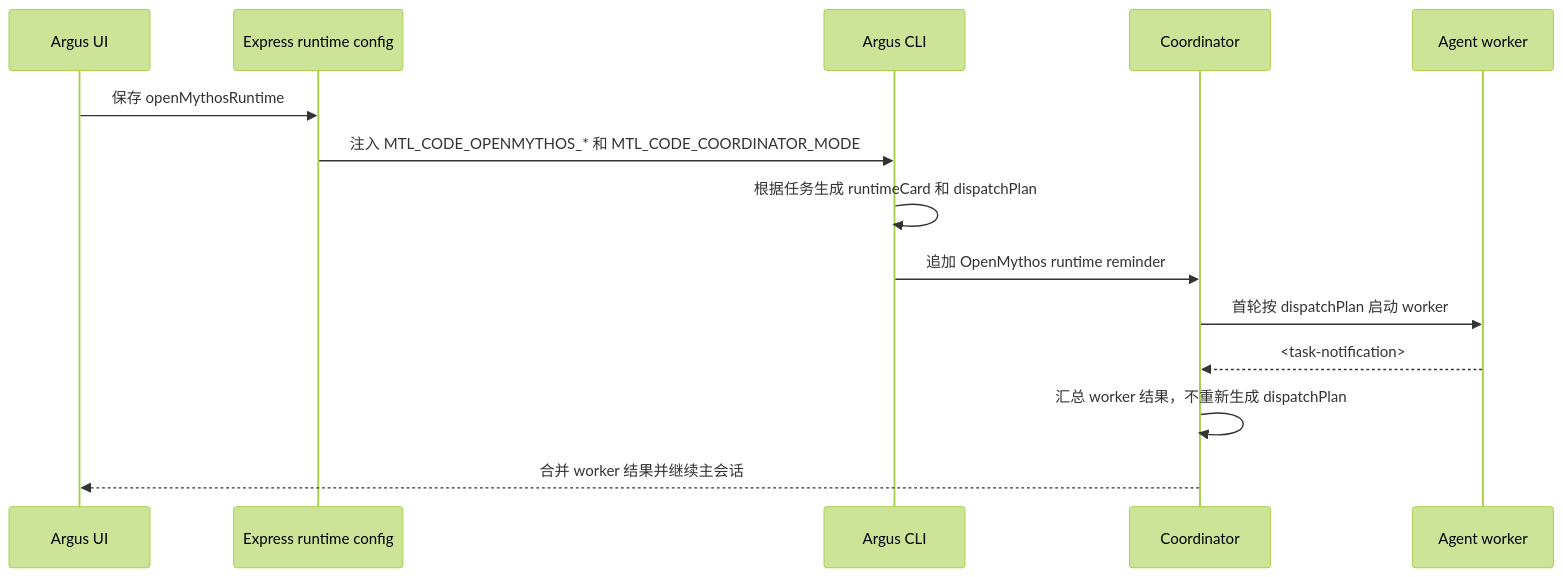
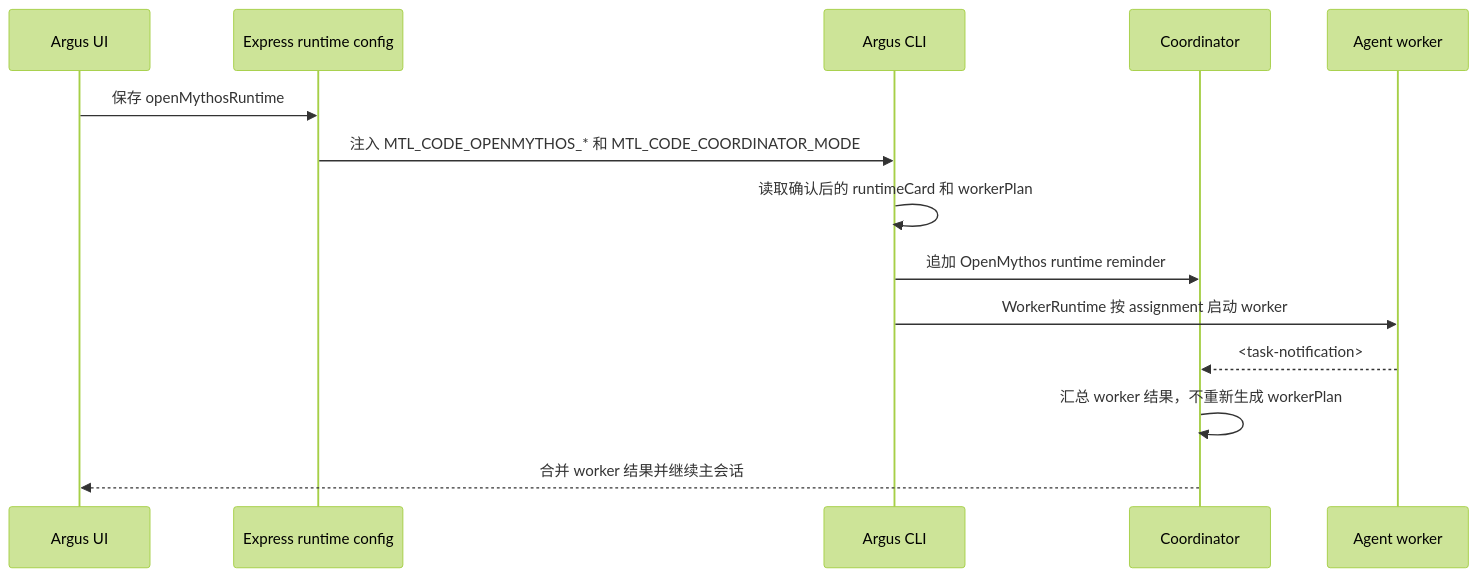
One commit to wyy-debug/AIINWORK changed the fifth of 5 diagrams in claudecodeui/docs/knowledge/04-runtime-flows.md. Above: the diagram before and after it, drawn with Mermaid (forest theme). The commit also changed other lines of this file and 40 other files, not shown here.

Commit message:
Rewrite OpenMythos worker runtime

````diff
--- a/claudecodeui/docs/knowledge/04-runtime-flows.md
+++ b/claudecodeui/docs/knowledge/04-runtime-flows.md
@@ -371,17 +371,17 @@
 ```mermaid
 sequenceDiagram
   participant UI as Argus UI
   participant API as Express runtime config
   participant CLI as Argus CLI
   participant Coord as Coordinator
   participant Worker as Agent worker
 
   UI->>API: 保存 openMythosRuntime
   API->>CLI: 注入 MTL_CODE_OPENMYTHOS_* 和 MTL_CODE_COORDINATOR_MODE
-  CLI->>CLI: 根据任务生成 runtimeCard 和 dispatchPlan
+  CLI->>CLI: 读取确认后的 runtimeCard 和 workerPlan
   CLI->>Coord: 追加 OpenMythos runtime reminder
-  Coord->>Worker: 首轮按 dispatchPlan 启动 worker
+  CLI->>Worker: WorkerRuntime 按 assignment 启动 worker
   Worker-->>Coord: <task-notification>
-  Coord->>Coord: 汇总 worker 结果，不重新生成 dispatchPlan
+  Coord->>Coord: 汇总 worker 结果，不重新生成 workerPlan
   Coord-->>UI: 合并 worker 结果并继续主会话
 ```
````
